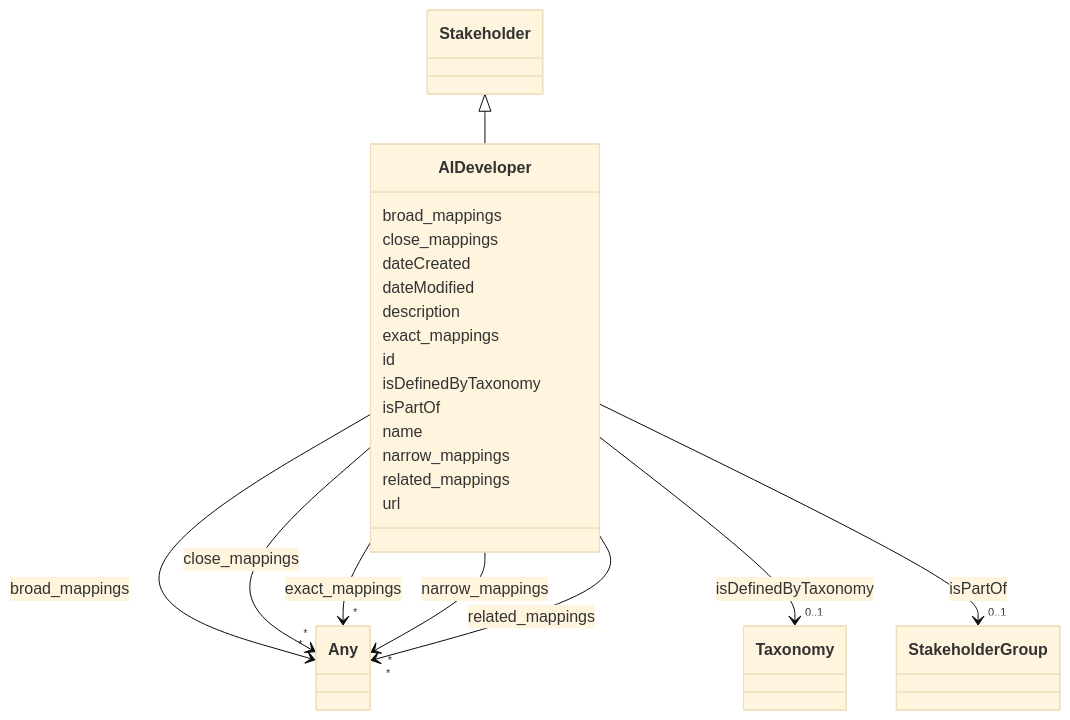
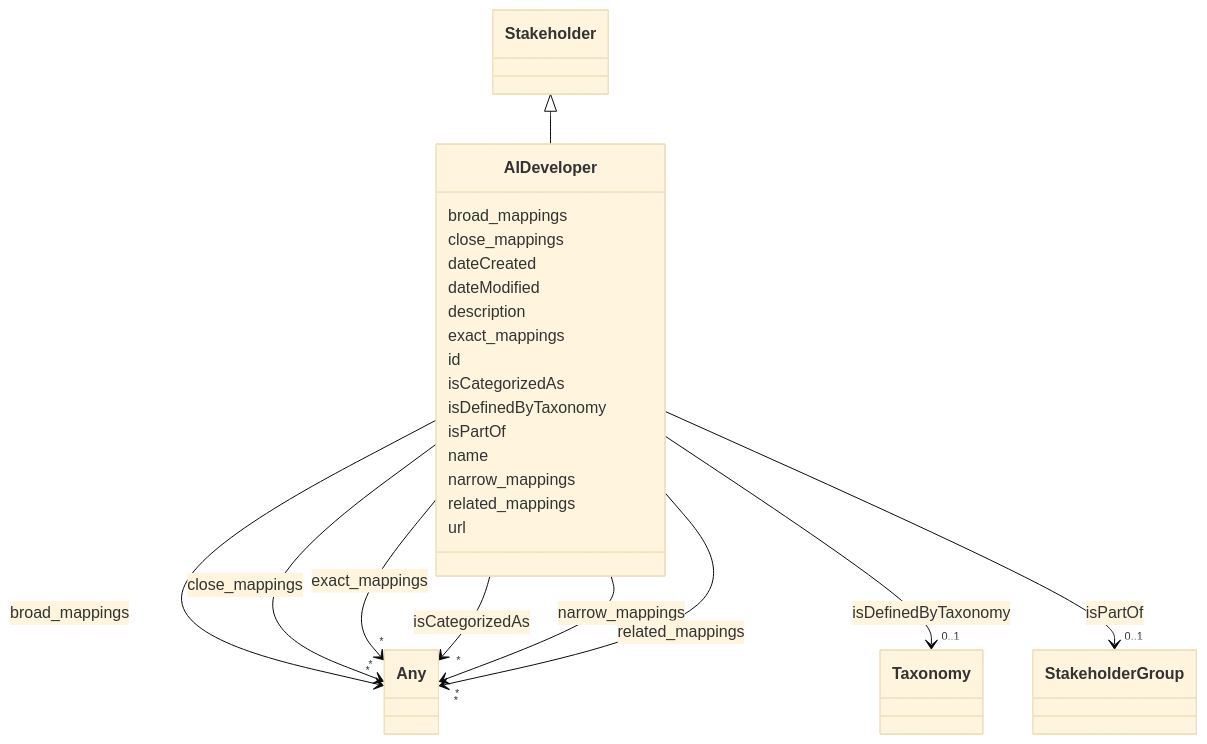
The diagram in docs/ontology/AIDeveloper.md (dhavalsalwala/ai-atlas-nexus-fork), drawn with Mermaid (base theme) before and after one commit. The commit also changed other lines of this file and 130 other files, not shown here.

```diff
--- a/docs/ontology/AIDeveloper.md
+++ b/docs/ontology/AIDeveloper.md
@@ -51,6 +51,17 @@
 
 
       AIDeveloper : id
+
+      AIDeveloper : isCategorizedAs
+
+
+
+
+
+        AIDeveloper --> "*" Any : isCategorizedAs
+        click Any href "../Any/"
+
+
 
       AIDeveloper : isDefinedByTaxonomy
 
```
